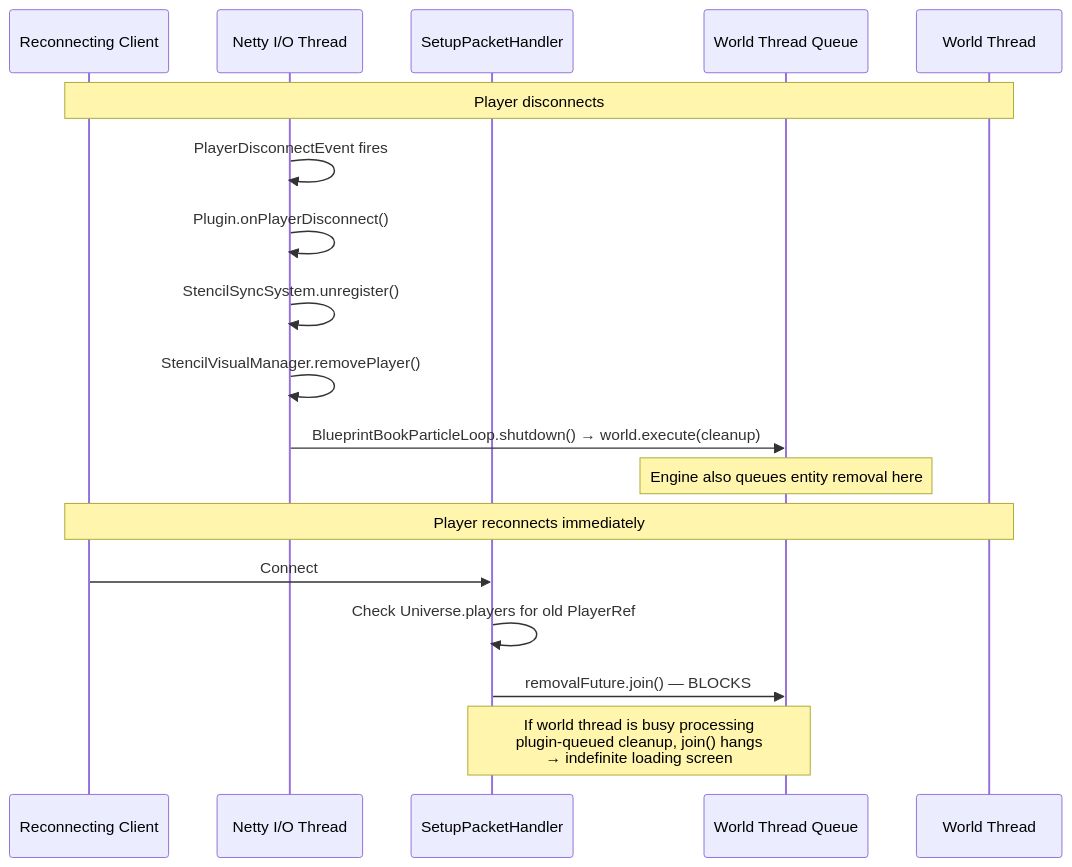
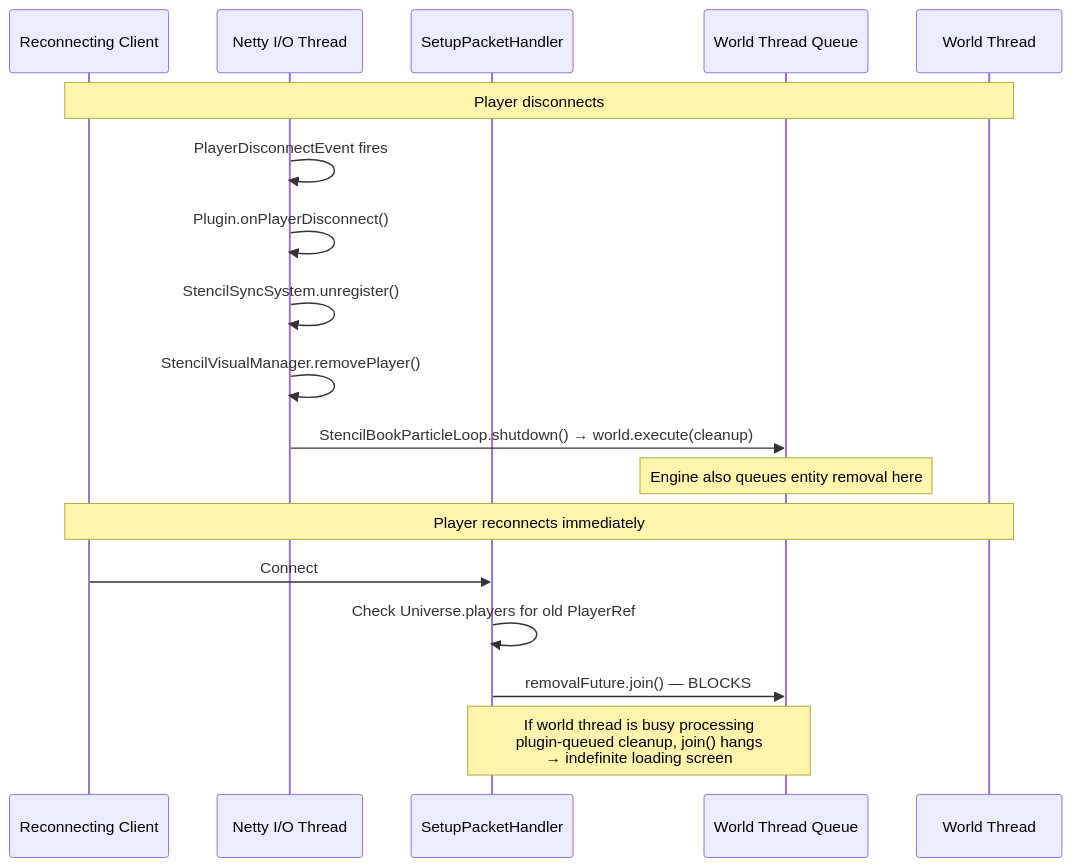
Before and after one commit to TheCodeCreature/Hytale-Example-Plugin: the first of 3 diagrams in docs/design-disconnect-race-fix.md, drawn with Mermaid. The commit also changed other lines of this file and 289 other files, not shown here.

````diff
--- a/docs/design-disconnect-race-fix.md
+++ b/docs/design-disconnect-race-fix.md
@@ -30,22 +30,22 @@
 ```mermaid
 sequenceDiagram
     participant Client as Reconnecting Client
     participant Netty as Netty I/O Thread
     participant Setup as SetupPacketHandler
     participant WorldQ as World Thread Queue
     participant World as World Thread
 
     Note over Client,World: Player disconnects
     Netty->>Netty: PlayerDisconnectEvent fires
     Netty->>Netty: Plugin.onPlayerDisconnect()
     Netty->>Netty: StencilSyncSystem.unregister()
     Netty->>Netty: StencilVisualManager.removePlayer()
-    Netty->>WorldQ: BlueprintBookParticleLoop.shutdown() → world.execute(cleanup)
+    Netty->>WorldQ: StencilBookParticleLoop.shutdown() → world.execute(cleanup)
     Note over WorldQ: Engine also queues entity removal here
 
     Note over Client,World: Player reconnects immediately
     Client->>Setup: Connect
     Setup->>Setup: Check Universe.players for old PlayerRef
     Setup->>WorldQ: removalFuture.join() — BLOCKS
     Note over Setup,WorldQ: If world thread is busy processing<br/>plugin-queued cleanup, join() hangs<br/>→ indefinite loading screen
 ```
````
